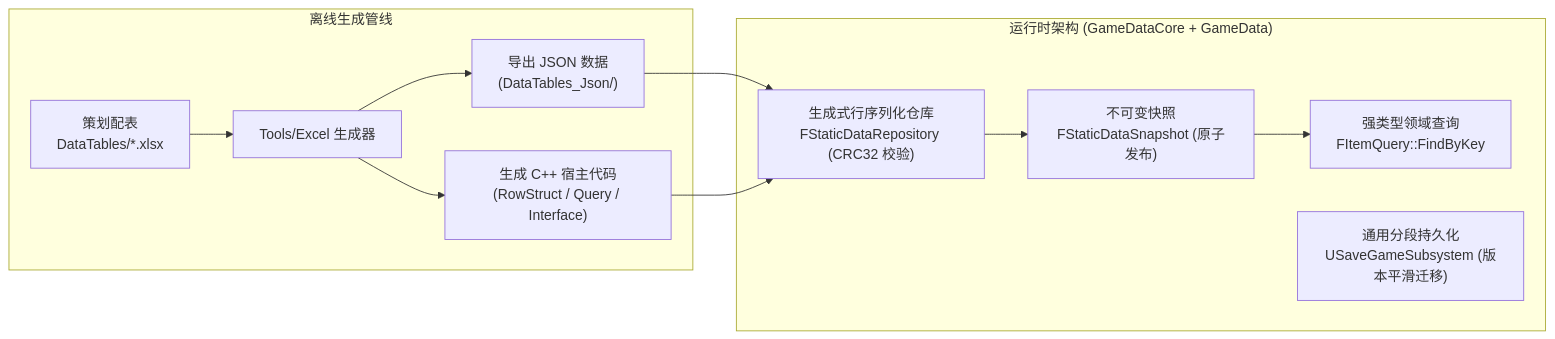
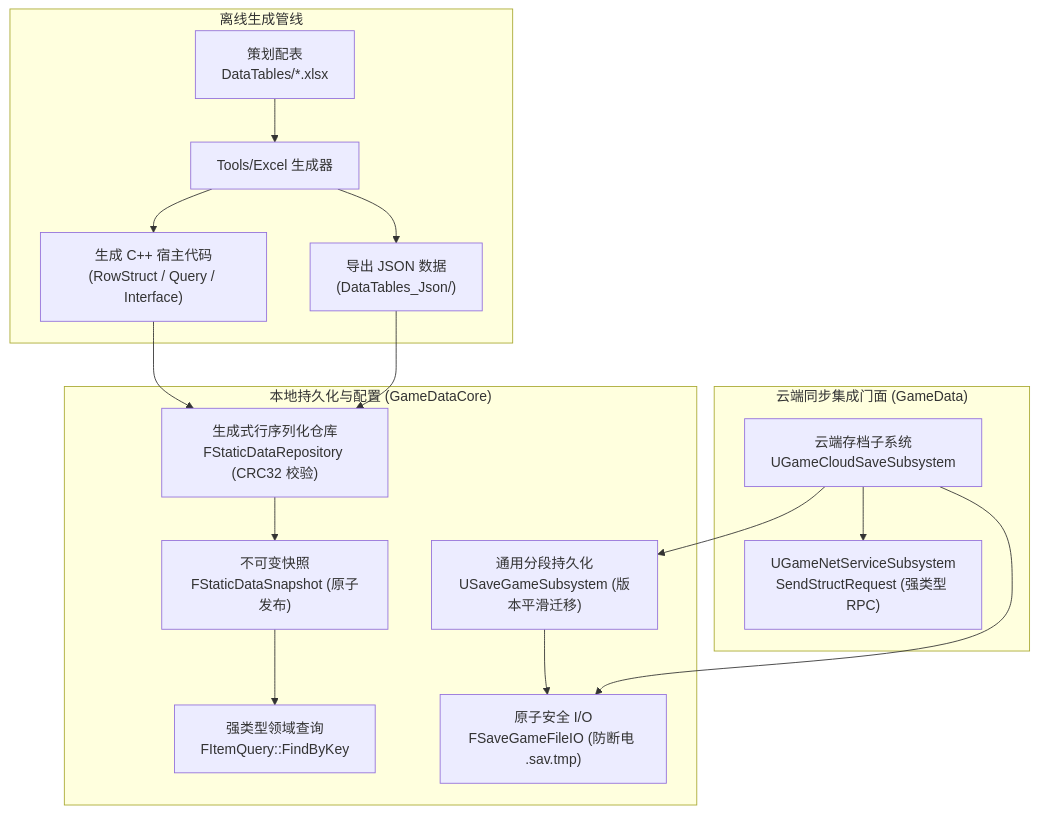
The diagram in Plugins/GameData/README.md (YIice-cwj/ue5-toolkit), drawn with Mermaid before and after one commit. The commit also changed other lines of this file and 236 other files, not shown here.

First line of the commit message:
feat: 新增网络套件(GameNetCore/Service/Session)与远程日志及云存档

````diff
--- a/Plugins/GameData/README.md
+++ b/Plugins/GameData/README.md
@@ -16,20 +16,29 @@
 ```mermaid
-flowchart LR
-    subgraph Pipeline["离线生成管线"]
+flowchart TD
+    subgraph OfflinePipeline["离线生成管线"]
         Excel["策划配表<br>DataTables/*.xlsx"] --> Tool["Tools/Excel 生成器"]
         Tool --> Cpp["生成 C++ 宿主代码<br>(RowStruct / Query / Interface)"]
         Tool --> Json["导出 JSON 数据<br>(DataTables_Json/)"]
     end
 
-    subgraph Runtime["运行时架构 (GameDataCore + GameData)"]
+    subgraph RuntimeLocal["本地持久化与配置 (GameDataCore)"]
         Repo["生成式行序列化仓库<br>FStaticDataRepository (CRC32 校验)"]
         Snapshot["不可变快照<br>FStaticDataSnapshot (原子发布)"]
         Query["强类型领域查询<br>FItemQuery::FindByKey"]
-        Save["通用分段持久化<br>USaveGameSubsystem (版本平滑迁移)"]
+        SaveSys["通用分段持久化<br>USaveGameSubsystem (版本平滑迁移)"]
+        FileIO["原子安全 I/O<br>FSaveGameFileIO (防断电 .sav.tmp)"]
+    end
+
+    subgraph RuntimeCloud["云端同步集成门面 (GameData)"]
+        CloudSubsystem["云端存档子系统<br>UGameCloudSaveSubsystem"]
+        CloudSubsystem --> FileIO
+        CloudSubsystem --> SaveSys
+        CloudSubsystem --> NetRpc["UGameNetServiceSubsystem<br>SendStructRequest (强类型 RPC)"]
     end
 
     Json --> Repo
     Cpp --> Repo
     Repo --> Snapshot
     Snapshot --> Query
+    SaveSys --> FileIO
 ```
````
